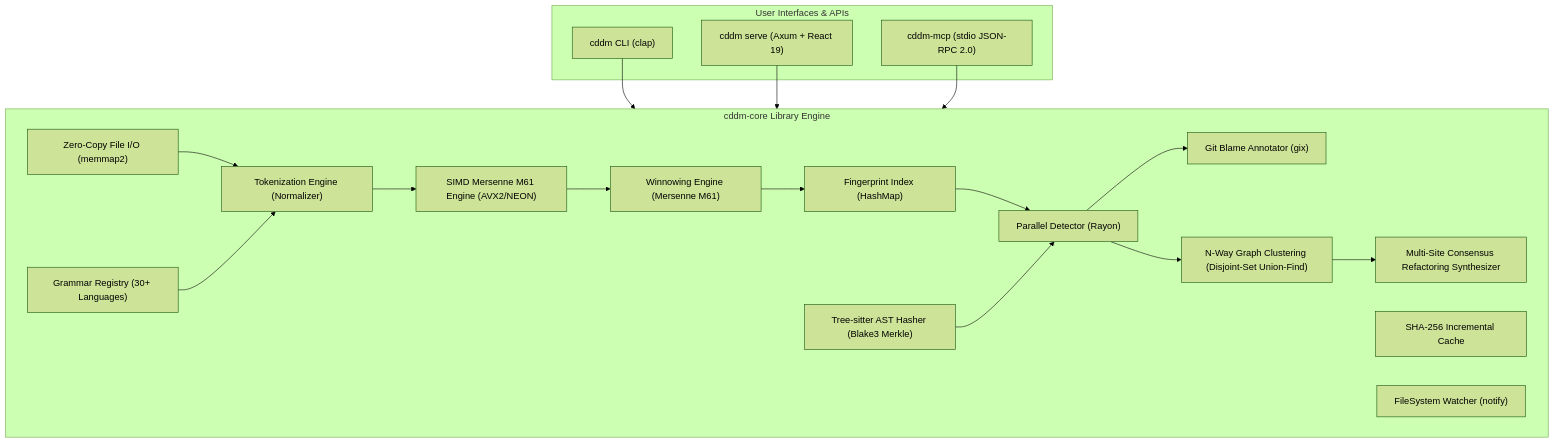
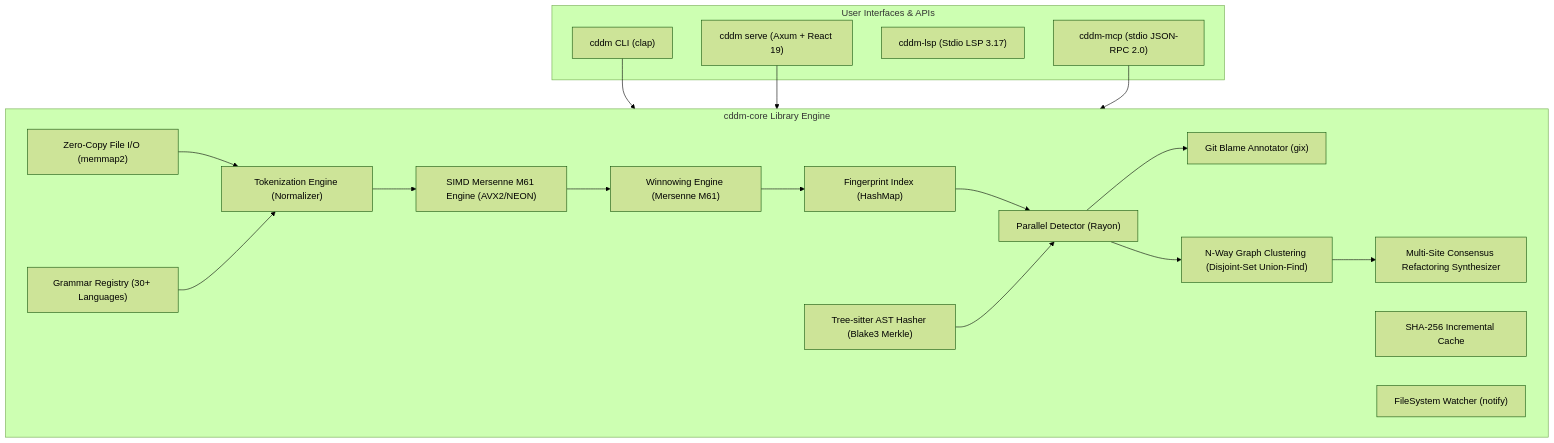
One commit to GrigorTonikyan/cddm changed the first of 2 diagrams in docs/ARCHITECTURE.md. Above: the diagram before and after it, drawn with Mermaid (forest theme). The commit also changed other lines of this file and 24 other files, not shown here.

````diff
--- a/docs/ARCHITECTURE.md
+++ b/docs/ARCHITECTURE.md
@@ -7,39 +7,40 @@
 ```mermaid
 graph TD
     subgraph UI ["User Interfaces & APIs"]
         CLI["cddm CLI (clap)"]
         Serve["cddm serve (Axum + React 19)"]
+        LSP["cddm-lsp (Stdio LSP 3.17)"]
         MCP["cddm-mcp (stdio JSON-RPC 2.0)"]
     end
 
     subgraph Core ["cddm-core Library Engine"]
         IO["Zero-Copy File I/O (memmap2)"]
         Grammar["Grammar Registry (30+ Languages)"]
         Tokenizer["Tokenization Engine (Normalizer)"]
         SIMD["SIMD Mersenne M61 Engine (AVX2/NEON)"]
         Winnow["Winnowing Engine (Mersenne M61)"]
         AST["Tree-sitter AST Hasher (Blake3 Merkle)"]
         Index["Fingerprint Index (HashMap)"]
         Detector["Parallel Detector (Rayon)"]
         Blame["Git Blame Annotator (gix)"]
         Cluster["N-Way Graph Clustering (Disjoint-Set Union-Find)"]
         Refactor["Multi-Site Consensus Refactoring Synthesizer"]
         Cache["SHA-256 Incremental Cache"]
         Watcher["FileSystem Watcher (notify)"]
     end
 
     CLI --> Core
     Serve --> Core
     MCP --> Core
 
     IO --> Tokenizer
     Grammar --> Tokenizer
     Tokenizer --> SIMD
     SIMD --> Winnow
     Winnow --> Index
     Index --> Detector
     AST --> Detector
     Detector --> Blame
     Detector --> Cluster
     Cluster --> Refactor
 ```
````
